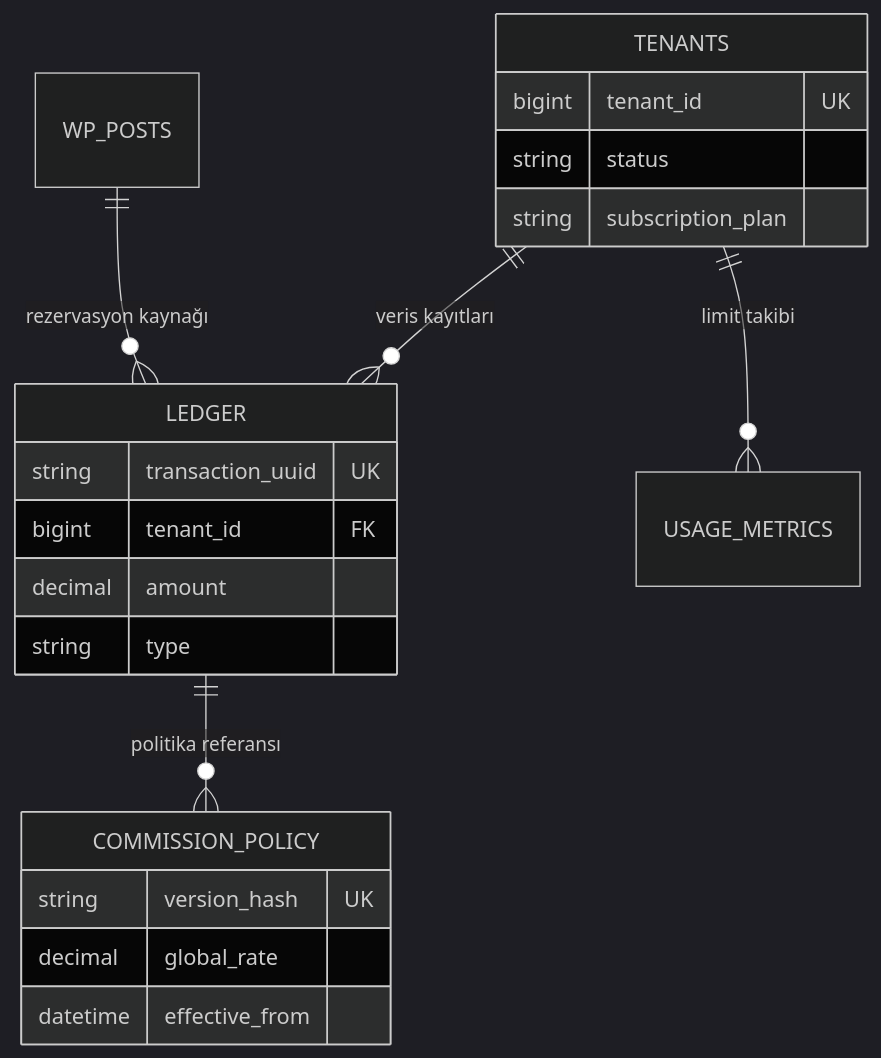
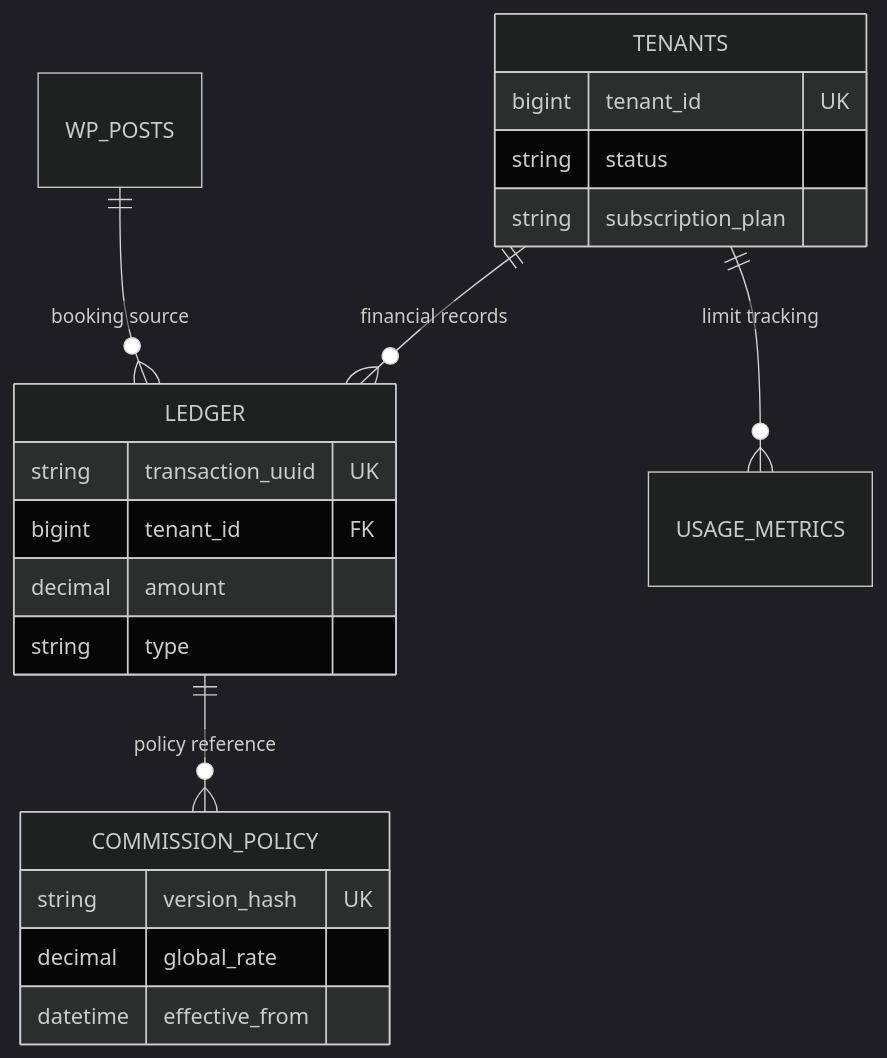
The diagram in docs/04-developer/core/database.md (MaxHandMade/mhm-rentiva-docs), drawn with Mermaid (dark theme) before and after one commit. The commit also changed other lines of this file and 347 other files, not shown here.

````diff
--- a/docs/04-developer/core/database.md
+++ b/docs/04-developer/core/database.md
@@ -51,24 +51,24 @@
 ```mermaid
 erDiagram
-    TENANTS ||--o{ LEDGER : "veris kayıtları"
-    TENANTS ||--o{ USAGE_METRICS : "limit takibi"
-    LEDGER ||--o{ COMMISSION_POLICY : "politika referansı"
-    WP_POSTS ||--o{ LEDGER : "rezervasyon kaynağı"
+    TENANTS ||--o{ LEDGER : "financial records"
+    TENANTS ||--o{ USAGE_METRICS : "limit tracking"
+    LEDGER ||--o{ COMMISSION_POLICY : "policy reference"
+    WP_POSTS ||--o{ LEDGER : "booking source"
     
     TENANTS {
         bigint tenant_id UK
         string status
         string subscription_plan
     }
     LEDGER {
         string transaction_uuid UK
         bigint tenant_id FK
         decimal amount
         string type
     }
     COMMISSION_POLICY {
         string version_hash UK
         decimal global_rate
         datetime effective_from
     }
 ```
````
